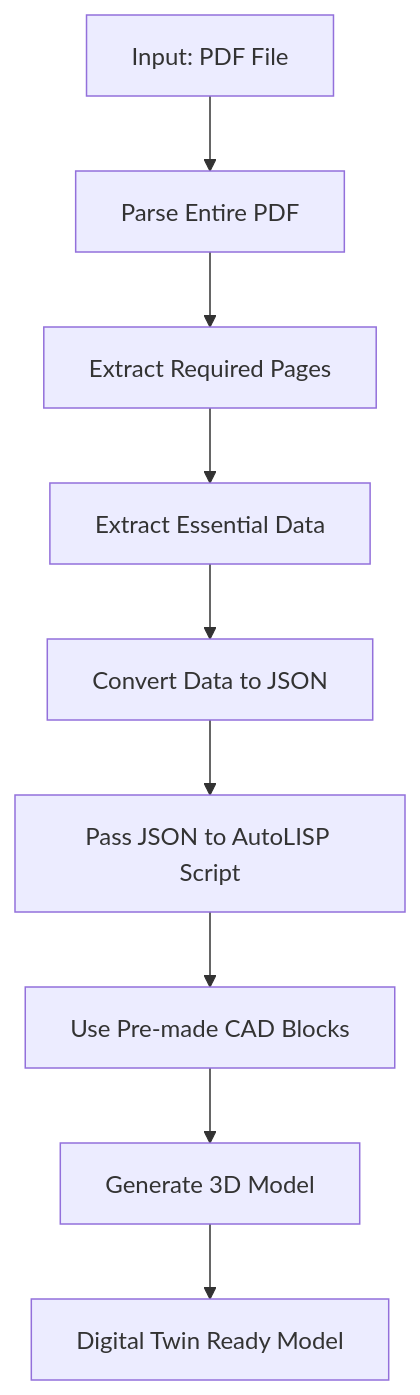
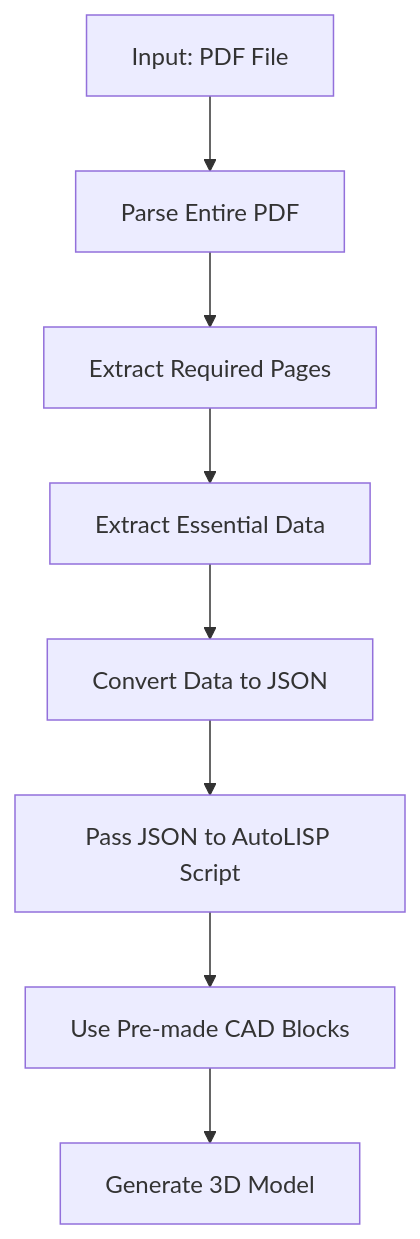
One commit to DamanAhuja/XR_and_AI changed the diagram in Flowchart.md. Above: the diagram before and after it, drawn with Mermaid.

````diff
--- a/Flowchart.md
+++ b/Flowchart.md
@@ -12,11 +12,10 @@
 ``` mermaid
 flowchart TD
     A[Input: PDF File] --> B[Parse Entire PDF]
     B --> C[Extract Required Pages]
     C --> D[Extract Essential Data]
     D --> E[Convert Data to JSON]
     E --> F[Pass JSON to AutoLISP Script]
     F --> G[Use Pre-made CAD Blocks]
     G --> H[Generate 3D Model]
-    H --> I[Digital Twin Ready Model]
 ```
````
